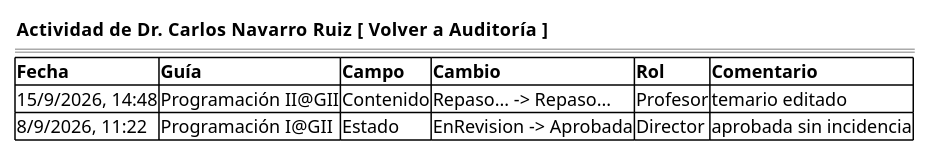
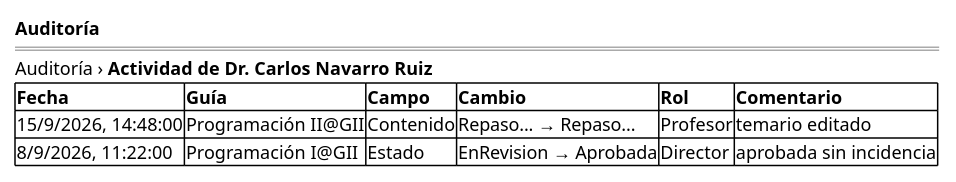
The second of 2 diagrams in RUP/01-requisitos/03-detalle-casos-uso/consultarHistorialCambios/wireframes.puml (mmasias/pyCeldaPublico), drawn with PlantUML before and after one commit. The commit also changed other lines of this file and 384 other files, not shown here.

```diff
--- a/RUP/01-requisitos/03-detalle-casos-uso/consultarHistorialCambios/wireframes.puml
+++ b/RUP/01-requisitos/03-detalle-casos-uso/consultarHistorialCambios/wireframes.puml
@@ -21,11 +28,12 @@
 @startsalt consultarHistorialCambios-wireframe-autor
 {
-    { <b>Actividad de Dr. Carlos Navarro Ruiz     [ Volver a Auditoría ] }
+    <b>Auditoría</b>
     ====
+    Auditoría › <b>Actividad de Dr. Carlos Navarro Ruiz</b>
     {#
         <b>Fecha | <b>Guía | <b>Campo | <b>Cambio | <b>Rol | <b>Comentario
-        15/9/2026, 14:48 | Programación II@GII | Contenido | Repaso... -> Repaso... | Profesor | temario editado
-        8/9/2026, 11:22 | Programación I@GII | Estado | EnRevision -> Aprobada | Director | aprobada sin incidencia
+        15/9/2026, 14:48:00 | Programación II@GII | Contenido | Repaso... → Repaso... | Profesor | temario editado
+        8/9/2026, 11:22:00 | Programación I@GII | Estado | EnRevision → Aprobada | Director | aprobada sin incidencia
     }
 }
 @endsalt
```
